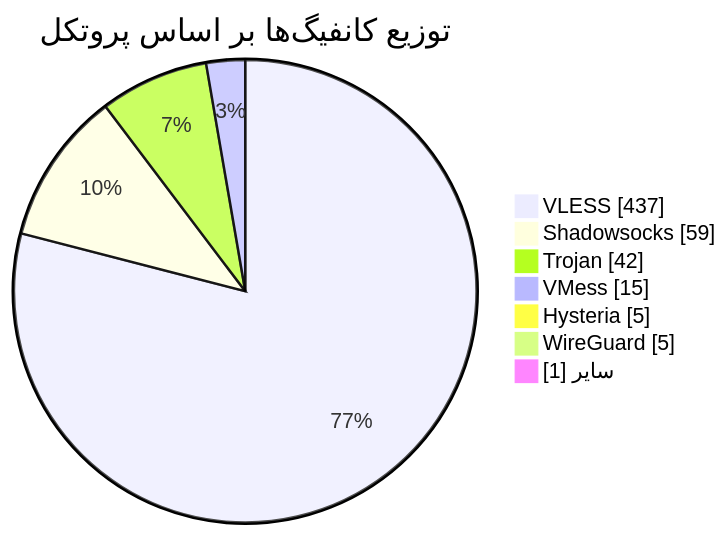
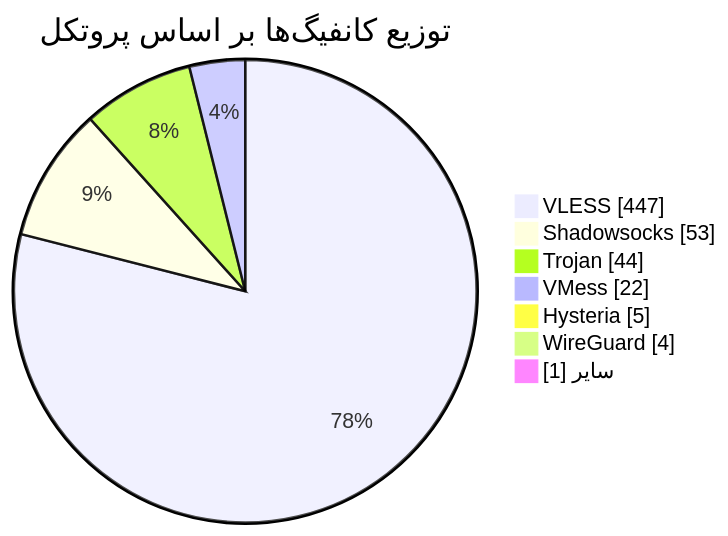
Before and after one commit to Arian-Alijani/Somthing: the diagram in README.md, drawn with Mermaid. The commit also changed other lines of this file and 21 other files, not shown here.

````diff
--- a/README.md
+++ b/README.md
@@ -49,11 +49,11 @@
 ```mermaid
 pie showData
     title توزیع کانفیگ‌ها بر اساس پروتکل
-    "VLESS" : 437
-    "Shadowsocks" : 59
-    "Trojan" : 42
-    "VMess" : 15
+    "VLESS" : 447
+    "Shadowsocks" : 53
+    "Trojan" : 44
+    "VMess" : 22
     "Hysteria" : 5
-    "WireGuard" : 5
+    "WireGuard" : 4
     "سایر" : 1
 ```
````
